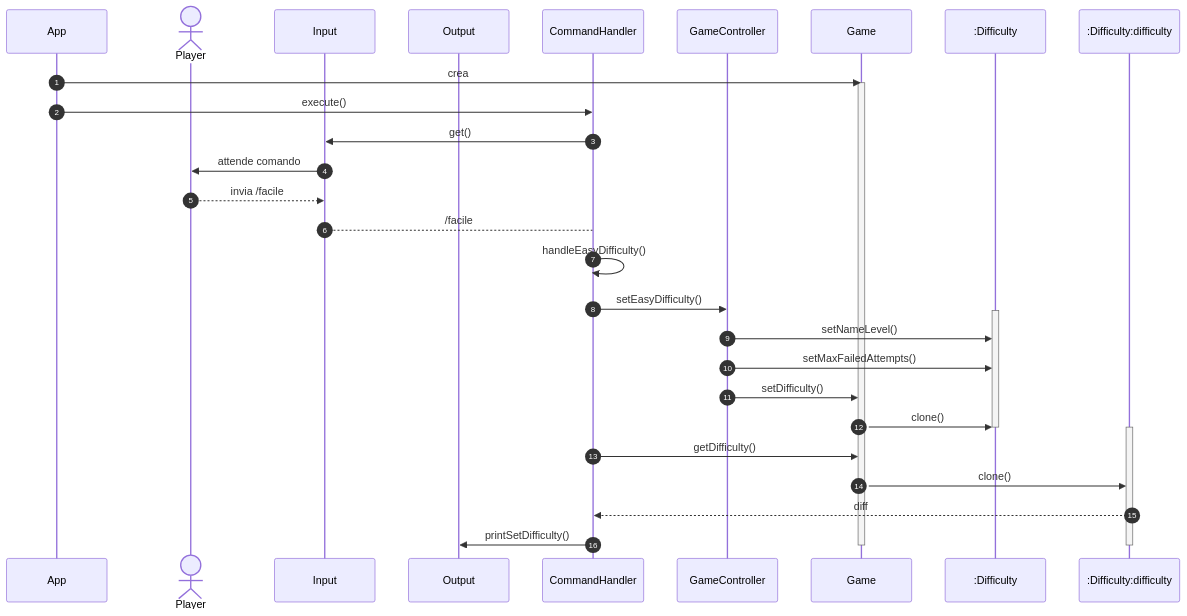
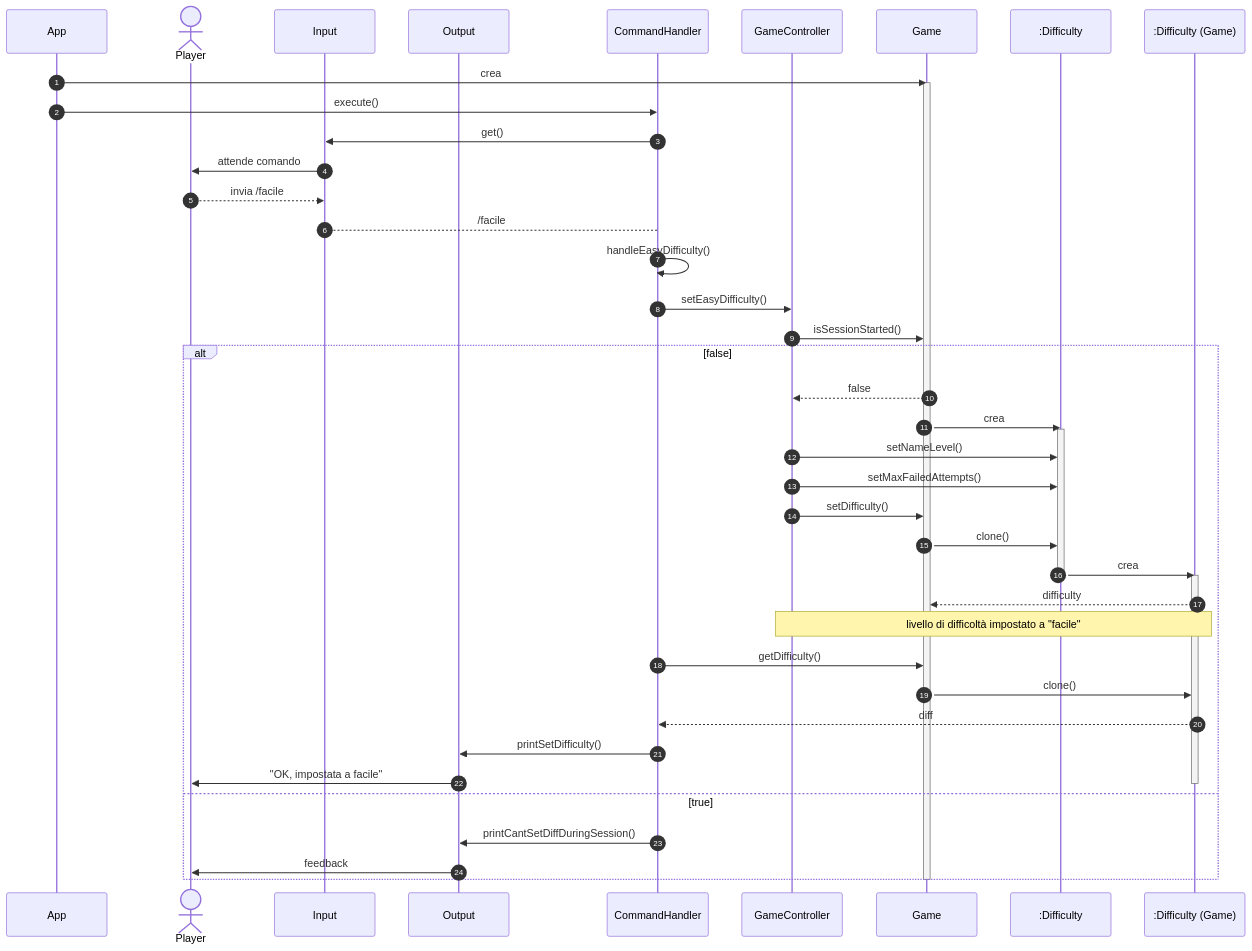
Before and after one commit to softeng2223-inf-uniba/progetto2223-thacker: the fourth of 7 diagrams in docs/Report.md, drawn with Mermaid. The commit also changed other lines of this file, not shown here.

Commit message:
Aggiornato diagramma sequenza sezione 5.A.2
In Report, introdotto blocco condizionale in diagramma sequenza

````diff
--- a/docs/Report.md
+++ b/docs/Report.md
@@ -350,41 +348,53 @@
 ```mermaid
 sequenceDiagram
   autonumber
 
   participant App
   actor Player
   participant Input
   participant Output
   participant CH as CommandHandler
   participant GaCo as GameController
   participant Game
   participant DT as :Difficulty
-  participant DG as :Difficulty:difficulty
+  participant DG as :Difficulty (Game)
 
   App ->> Game : crea
   
   activate Game
 
   App ->> CH: execute()
   CH ->> Input: get()
   Input ->> Player: attende comando
   Player -->> Input: invia /facile
   Input --> CH: /facile
+
   CH ->> CH: handleEasyDifficulty()
   CH ->> GaCo: setEasyDifficulty()
-
-  activate DT
-  GaCo ->> DT: setNameLevel()
-  GaCo ->> DT: setMaxFailedAttempts()
-  GaCo ->> Game: setDifficulty()
-  Game ->> DT: clone()
-  activate DG
-  deactivate DT
-  CH ->> Game: getDifficulty()
-  Game ->> DG: clone()
-  DG -->> CH: diff
-  CH ->> Output: printSetDifficulty();
-  deactivate DG
+  GaCo ->> Game: isSessionStarted()
+  alt false
+    Game -->> GaCo: false
+    Game ->> DT: crea
+    activate DT
+    GaCo ->> DT: setNameLevel()
+    GaCo ->> DT: setMaxFailedAttempts()
+    GaCo ->> Game: setDifficulty()
+    Game ->> DT: clone()
+    DT ->> DG: crea
+    activate DG
+    deactivate DT
+    DG -->> Game: difficulty
+    Note over GaCo, DG: livello di difficoltà impostato a "facile"
+    CH ->> Game: getDifficulty()
+    Game ->> DG: clone()
+    DG -->> CH: diff
+    CH ->> Output: printSetDifficulty();
+    Output ->> Player: "OK, impostata a facile"
+    deactivate DG
+  else true
+    CH ->> Output: printCantSetDiffDuringSession()
+    Output ->> Player: feedback
+  end
   deactivate Game
 
 ```
````
